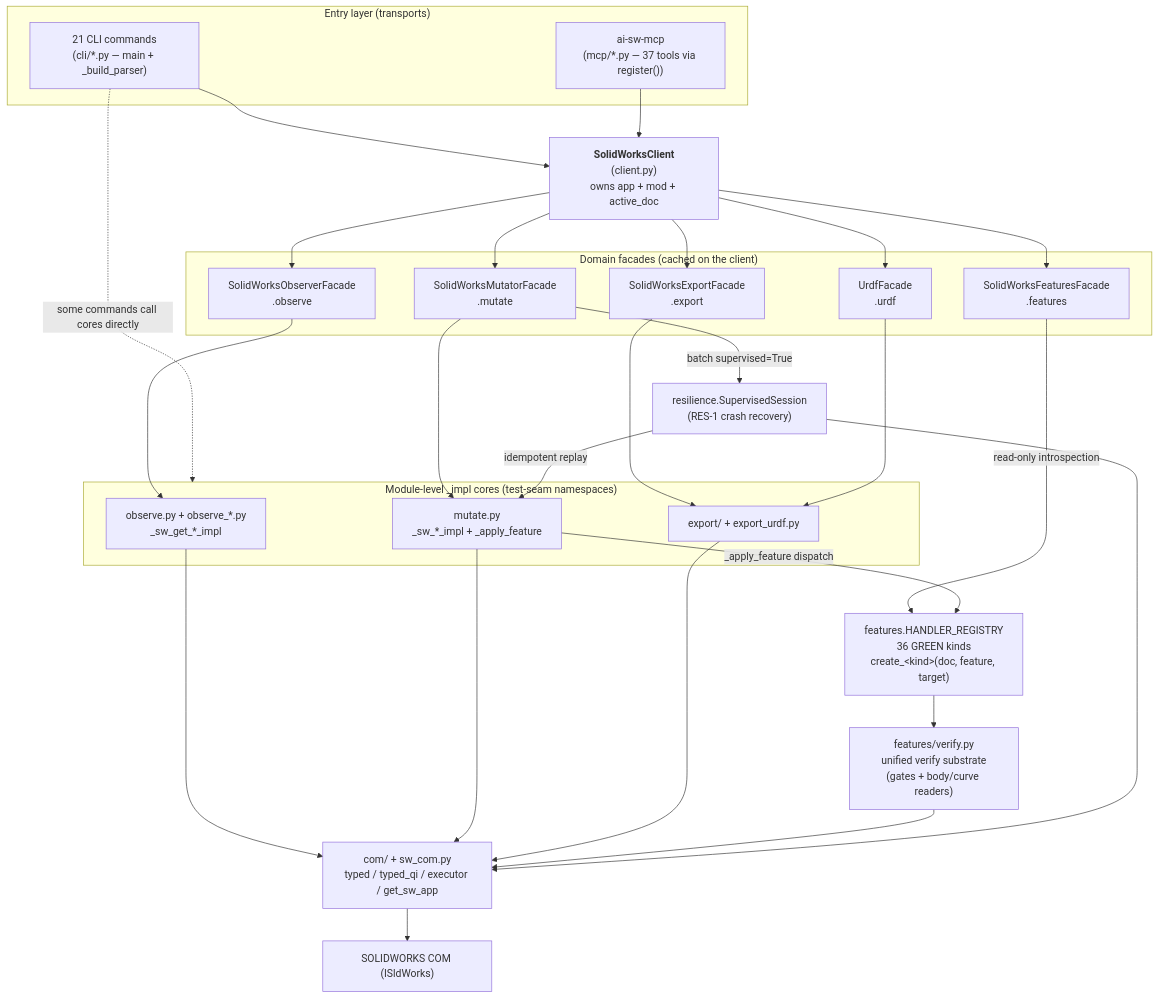
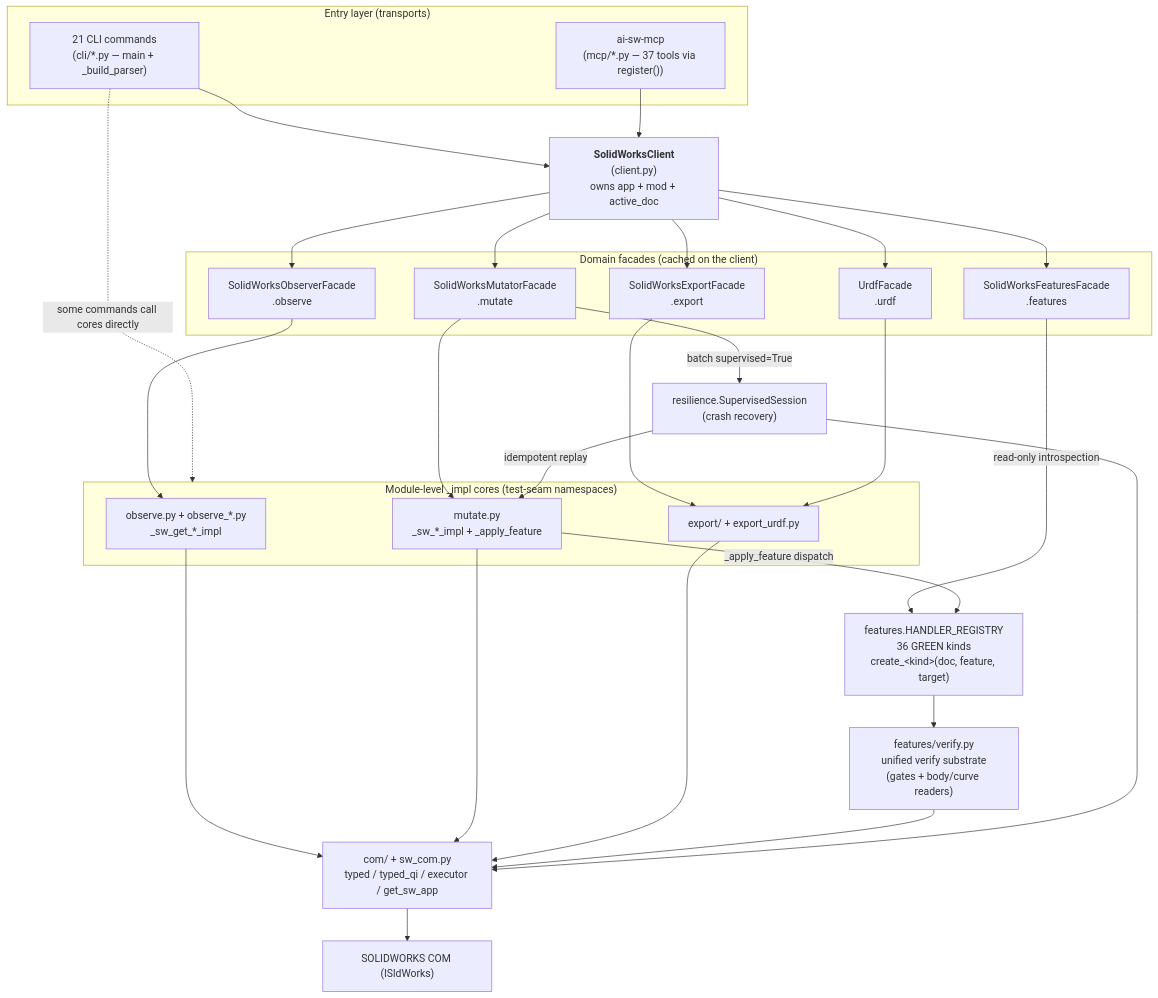
Before and after one commit to Thomas-Tai/ai-sw-bridge: the first of 4 diagrams in docs/CLASS_RELATION_MAP.md, drawn with Mermaid. The commit also changed other lines of this file and 5 other files, not shown here.

````diff
--- a/docs/CLASS_RELATION_MAP.md
+++ b/docs/CLASS_RELATION_MAP.md
@@ -15,46 +15,46 @@
 ```mermaid
 flowchart TD
     subgraph Entry["Entry layer (transports)"]
         CLI["21 CLI commands<br/>(cli/*.py — main + _build_parser)"]
         MCP["ai-sw-mcp<br/>(mcp/*.py — 37 tools via register())"]
     end
 
     CLIENT["<b>SolidWorksClient</b><br/>(client.py)<br/>owns app + mod + active_doc"]
 
     subgraph Facades["Domain facades (cached on the client)"]
         OBS["SolidWorksObserverFacade<br/>.observe"]
         MUT["SolidWorksMutatorFacade<br/>.mutate"]
         FEAT["SolidWorksFeaturesFacade<br/>.features"]
         EXP["SolidWorksExportFacade<br/>.export"]
         URDF["UrdfFacade<br/>.urdf"]
     end
 
     subgraph Cores["Module-level _impl cores (test-seam namespaces)"]
         OBSIMPL["observe.py + observe_*.py<br/>_sw_get_*_impl"]
         MUTIMPL["mutate.py<br/>_sw_*_impl + _apply_feature"]
         EXPIMPL["export/ + export_urdf.py"]
     end
 
     REG["features.HANDLER_REGISTRY<br/>36 GREEN kinds<br/>create_&lt;kind&gt;(doc, feature, target)"]
     VERIFY["features/verify.py<br/>unified verify substrate<br/>(gates + body/curve readers)"]
-    RESIL["resilience.SupervisedSession<br/>(RES-1 crash recovery)"]
+    RESIL["resilience.SupervisedSession<br/>(crash recovery)"]
     COM["com/ + sw_com.py<br/>typed / typed_qi / executor / get_sw_app"]
     SW["SOLIDWORKS COM (ISldWorks)"]
 
     CLI --> CLIENT
     CLI -.->|some commands call cores directly| Cores
     MCP --> CLIENT
     CLIENT --> OBS & MUT & FEAT & EXP & URDF
     OBS --> OBSIMPL
     MUT --> MUTIMPL
     EXP --> EXPIMPL
     URDF --> EXPIMPL
     FEAT -->|read-only introspection| REG
     MUTIMPL -->|_apply_feature dispatch| REG
     MUT -->|batch supervised=True| RESIL
     RESIL -->|idempotent replay| MUTIMPL
     REG --> VERIFY
     OBSIMPL & MUTIMPL & EXPIMPL & VERIFY --> COM
     RESIL --> COM
     COM --> SW
 ```
````
